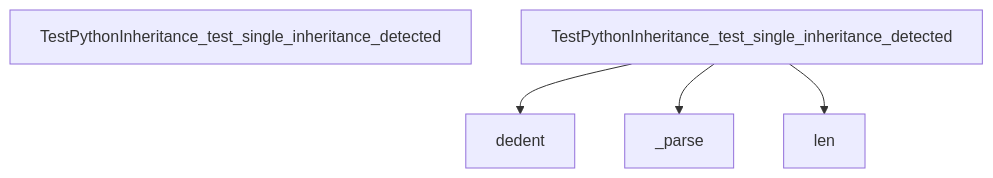
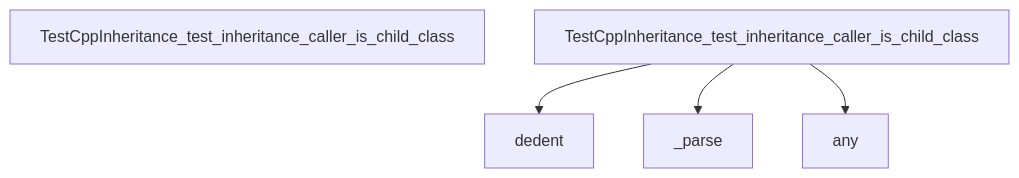
One commit to hazalkoom/DECODEx01 changed diagram 23 of 28 in docs/DATA_FLOW.md. Above: the diagram before and after it, drawn with Mermaid. The commit also changed other lines of this file and 6 other files, not shown here.

Commit message:
feat: NLG heuristic improvements - stricter schema matching, python decorator parsing, utility path pruning

````diff
--- a/docs/DATA_FLOW.md
+++ b/docs/DATA_FLOW.md
@@ -695,17 +841,17 @@
 ```mermaid
 graph TD
-    Start[TestPythonInheritance_test_single_inheritance_detected]
+    Start[TestCppInheritance_test_inheritance_caller_is_child_class]
 
 
-    TestPythonInheritance_test_single_inheritance_detected --> dedent
+    TestCppInheritance_test_inheritance_caller_is_child_class --> dedent
 
 
 
-    TestPythonInheritance_test_single_inheritance_detected --> _parse
+    TestCppInheritance_test_inheritance_caller_is_child_class --> _parse
 
 
 
-    TestPythonInheritance_test_single_inheritance_detected --> len
+    TestCppInheritance_test_inheritance_caller_is_child_class --> any
 
 
 ```
````
